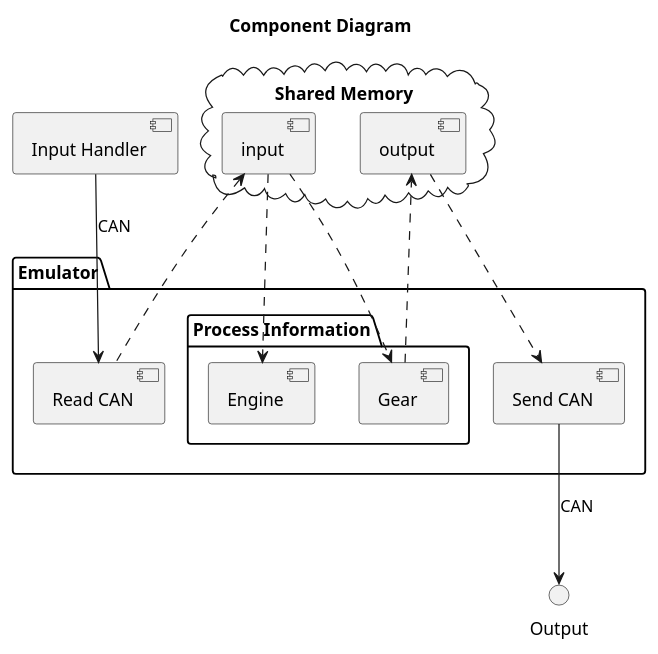
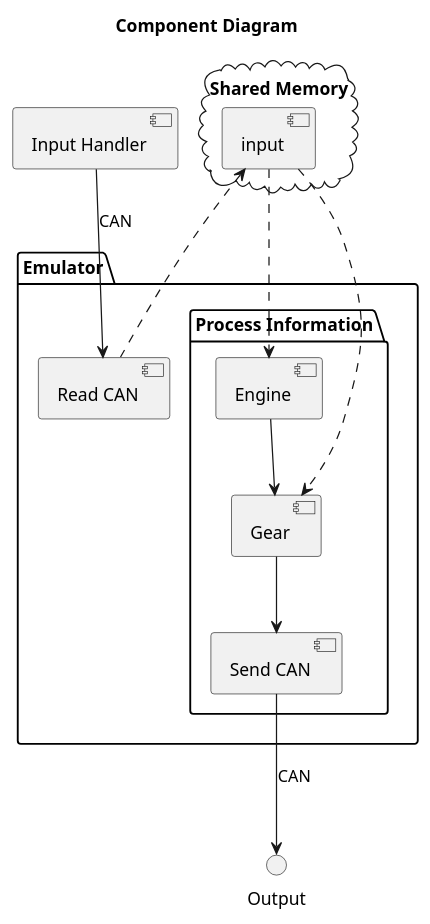
Before and after one commit to SubspaceBob/bootcamp_project: the diagram in docs/src/component_diagram.wsd, drawn with PlantUML. The commit also changed 6 other files, not shown here.

```diff
--- a/docs/src/component_diagram.wsd
+++ b/docs/src/component_diagram.wsd
@@ -1,29 +1,24 @@
 @startuml
 title Component Diagram
 package "Emulator"{
     [Read CAN]
     package "Process Information" {
         [Engine]
         [Gear]
-    } 
-    [Send CAN]    
+        [Send CAN] 
+    }    
 }
 cloud "Shared Memory"{
     [input]
-    [output]
 }
 
 [Input Handler] --> [Read CAN] : CAN
 [input] <.. [Read CAN]
 
 [input] ..> [Engine]
+[Engine] --> [Gear]
 [input] ..> [Gear]
-
-[Engine]
-[Gear] ..> [output]
-
-[output] ..> [Send CAN]
-
+[Gear] --> [Send CAN]
 [Send CAN] --> Output : CAN
 
 @enduml
```
